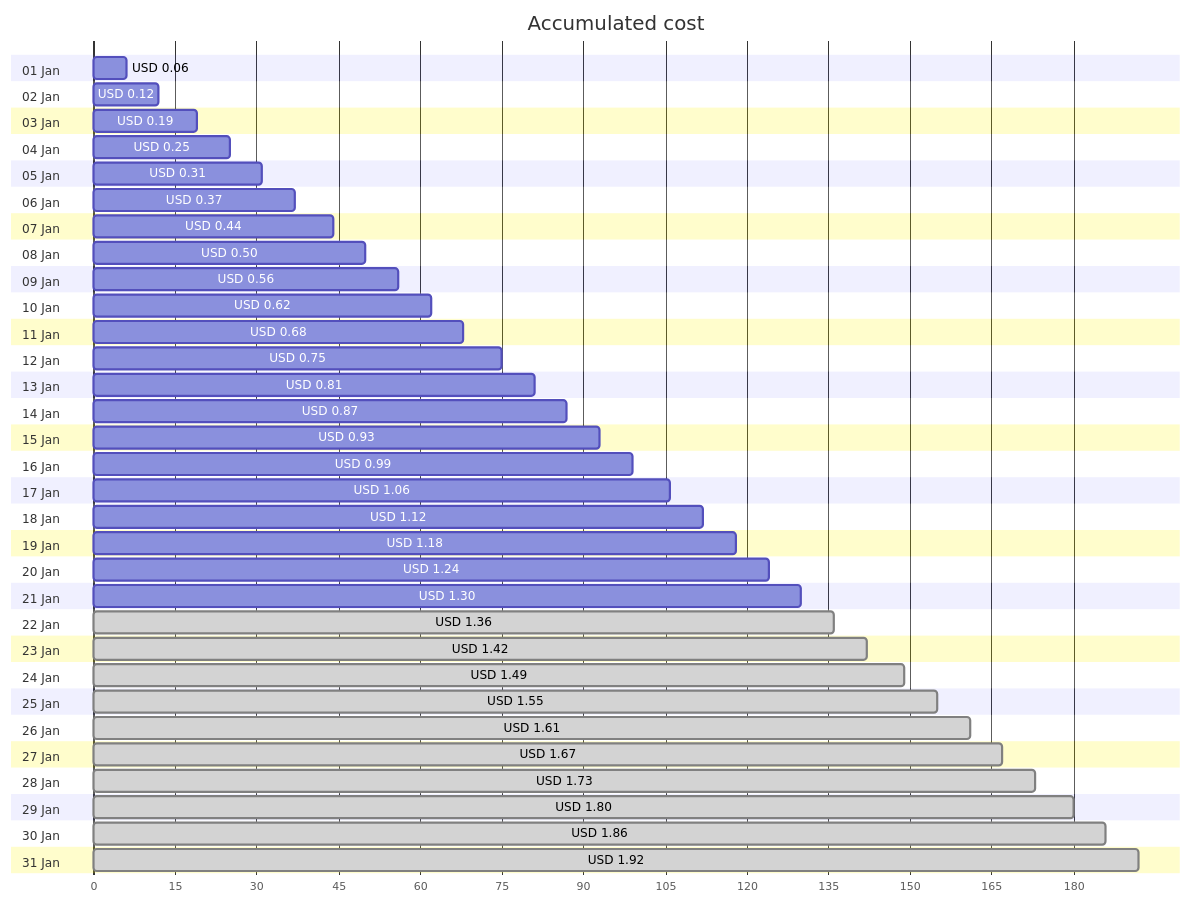
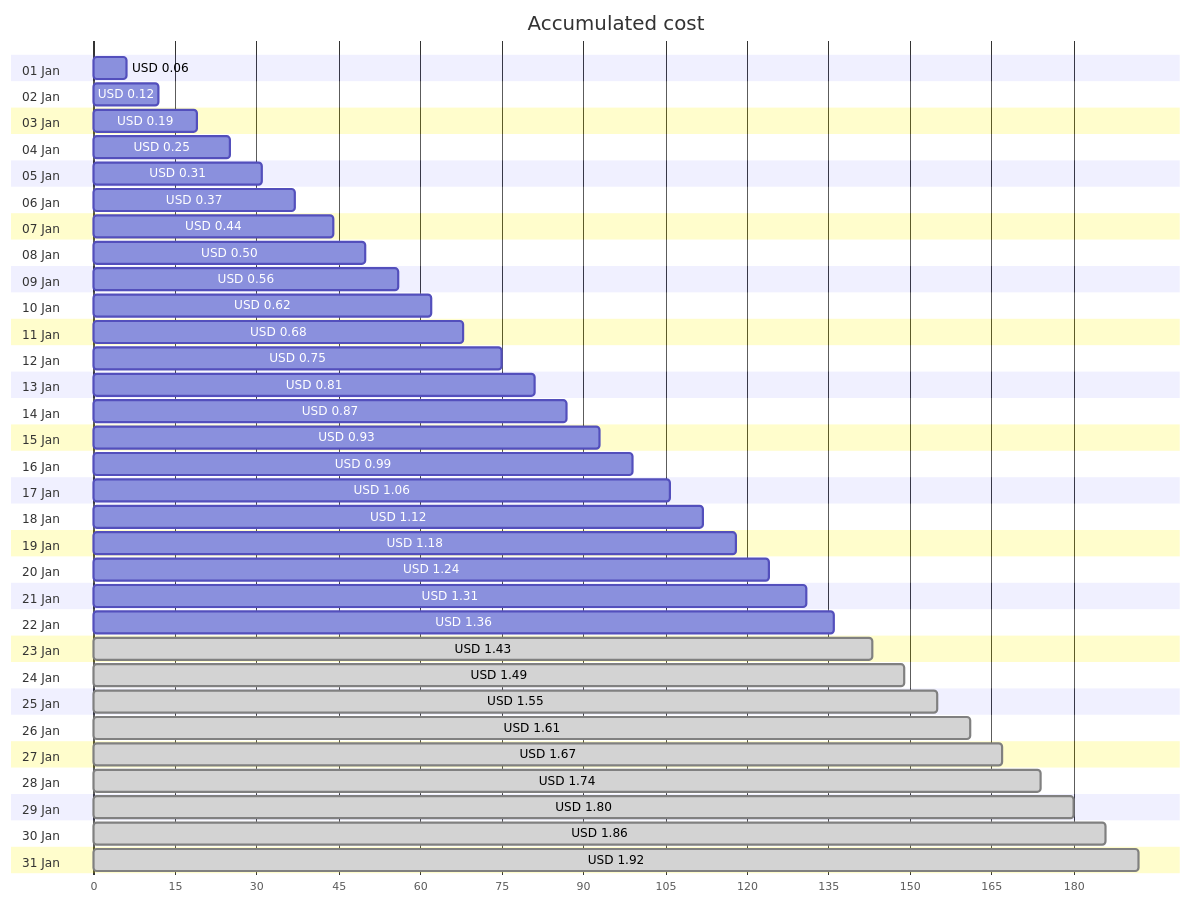
Before and after one commit to jpfulton/azure-personal-reports: the first of 4 diagrams in cost-reports/personal-network/vpn-server_OsDisk.md, drawn with Mermaid. The commit also changed other lines of this file and 8 other files, not shown here.

````diff
--- a/cost-reports/personal-network/vpn-server_OsDisk.md
+++ b/cost-reports/personal-network/vpn-server_OsDisk.md
@@ -20,68 +20,68 @@
 ```mermaid
 gantt
    title Accumulated cost
    dateFormat  X
    axisFormat %s
    section 01 Jan
    USD 0.06 :0, 6
    section 02 Jan
    USD 0.12 :0, 12
    section 03 Jan
    USD 0.19 :0, 19
    section 04 Jan
    USD 0.25 :0, 25
    section 05 Jan
    USD 0.31 :0, 31
    section 06 Jan
    USD 0.37 :0, 37
    section 07 Jan
    USD 0.44 :0, 44
    section 08 Jan
    USD 0.50 :0, 50
    section 09 Jan
    USD 0.56 :0, 56
    section 10 Jan
    USD 0.62 :0, 62
    section 11 Jan
    USD 0.68 :0, 68
    section 12 Jan
    USD 0.75 :0, 75
    section 13 Jan
    USD 0.81 :0, 81
    section 14 Jan
    USD 0.87 :0, 87
    section 15 Jan
    USD 0.93 :0, 93
    section 16 Jan
    USD 0.99 :0, 99
    section 17 Jan
    USD 1.06 :0, 106
    section 18 Jan
    USD 1.12 :0, 112
    section 19 Jan
    USD 1.18 :0, 118
    section 20 Jan
    USD 1.24 :0, 124
    section 21 Jan
-   USD 1.30 :0, 130
+   USD 1.31 :0, 131
    section 22 Jan
-   USD 1.36 : done, 0, 136
+   USD 1.36 :0, 136
    section 23 Jan
-   USD 1.42 : done, 0, 142
+   USD 1.43 : done, 0, 143
    section 24 Jan
    USD 1.49 : done, 0, 149
    section 25 Jan
    USD 1.55 : done, 0, 155
    section 26 Jan
    USD 1.61 : done, 0, 161
    section 27 Jan
    USD 1.67 : done, 0, 167
    section 28 Jan
-   USD 1.73 : done, 0, 173
+   USD 1.74 : done, 0, 174
    section 29 Jan
    USD 1.80 : done, 0, 180
    section 30 Jan
    USD 1.86 : done, 0, 186
    section 31 Jan
    USD 1.92 : done, 0, 192
 ```
````
